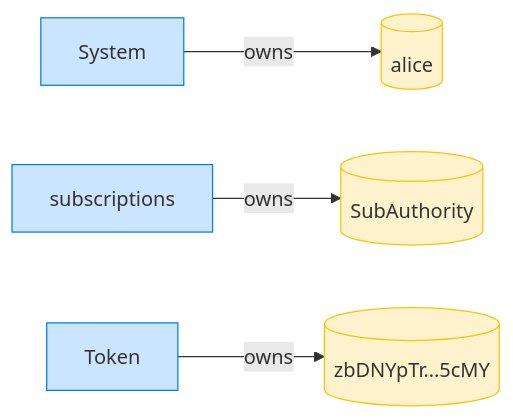
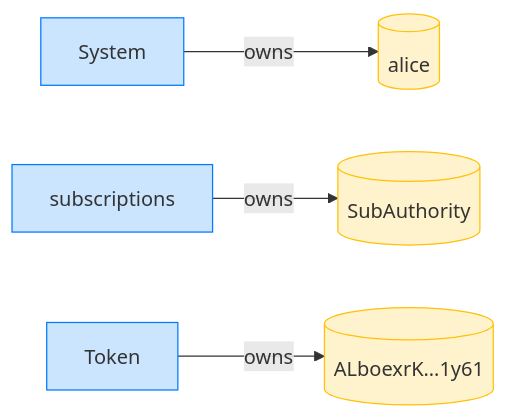
Before and after one commit to cds-rs/subscriptions: the fourth of 16 diagrams in dsl_tests/subscribe-rejects-a-stale-authority-generation.md, drawn with Mermaid. The commit also changed other lines of this file and 224 other files, not shown here.

````diff
--- a/dsl_tests/subscribe-rejects-a-stale-authority-generation.md
+++ b/dsl_tests/subscribe-rejects-a-stale-authority-generation.md
@@ -73,14 +78,14 @@
 ```mermaid
 flowchart LR
     classDef owner fill:#cce5ff,stroke:#007bff;
     classDef account fill:#fff3cd,stroke:#ffc107;
     System[System]:::owner
     alice[(alice)]:::account
     subscriptions[subscriptions]:::owner
     SubAuthority[(SubAuthority)]:::account
     Token[Token]:::owner
-    zbDNYpTr_5cMY[("zbDNYpTr…5cMY")]:::account
+    ALboexrK_1y61[("ALboexrK…1y61")]:::account
     System -->|owns| alice
     subscriptions -->|owns| SubAuthority
-    Token -->|owns| zbDNYpTr_5cMY
+    Token -->|owns| ALboexrK_1y61
 ```
````
